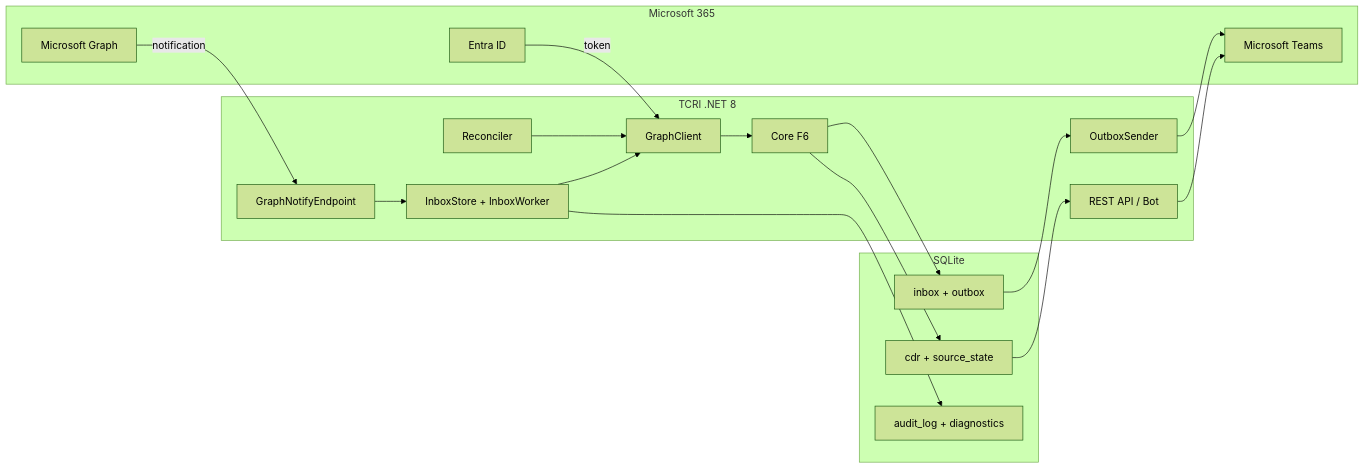
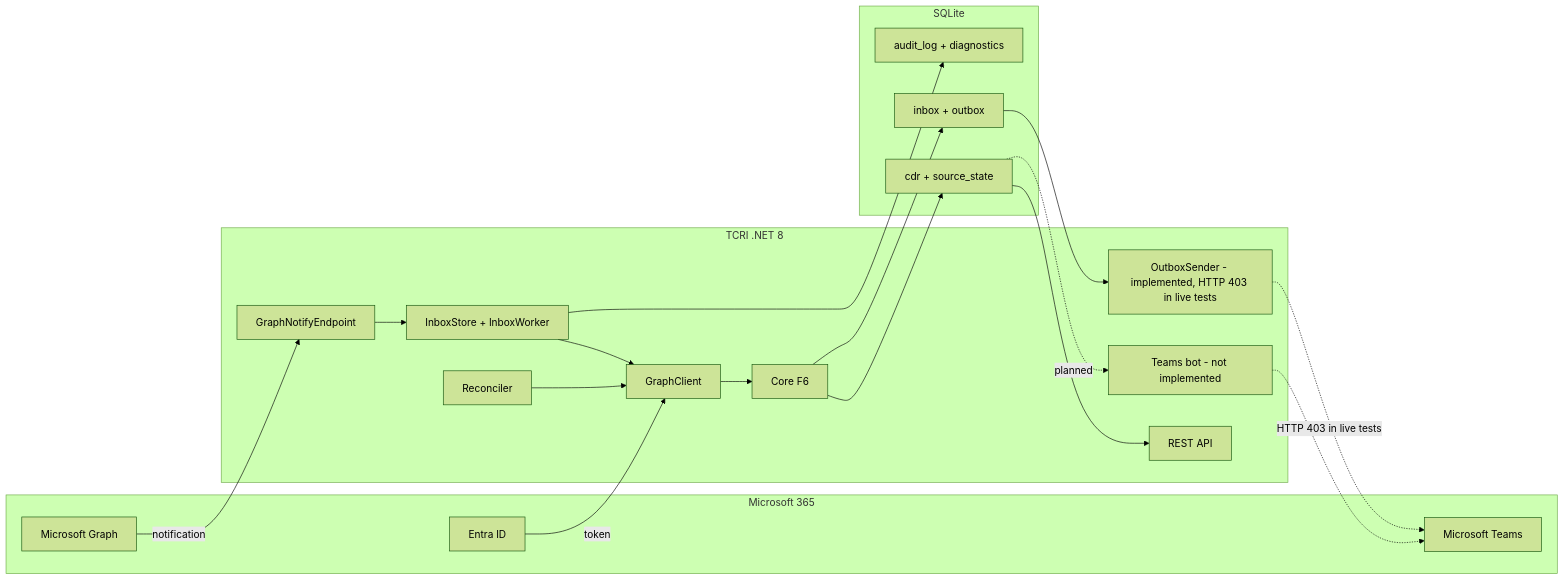
The first of 2 diagrams in docs/DESIGN.md (Andrii-Nikolaiev/teams-call-records-integration), drawn with Mermaid (forest theme) before and after one commit. The commit also changed other lines of this file and 4 other files, not shown here.

````diff
--- a/docs/DESIGN.md
+++ b/docs/DESIGN.md
@@ -17,28 +17,30 @@
 ```mermaid
 flowchart LR
   subgraph Microsoft365[Microsoft 365]
     Teams[Microsoft Teams]
     Graph[Microsoft Graph]
     Entra[Entra ID]
   end
   subgraph TCRI[TCRI .NET 8]
     WH[GraphNotifyEndpoint]
     IN[InboxStore + InboxWorker]
     GC[GraphClient]
     CORE[Core F6]
-    API[REST API / Bot]
+    API[REST API]
+    BOT[Teams bot - not implemented]
     REC[Reconciler]
-    OB[OutboxSender]
+    OB[OutboxSender - implemented, HTTP 403 in live tests]
   end
   subgraph SQLITE[SQLite]
     STATE[cdr + source_state]
     QUEUE[inbox + outbox]
     AUDIT[audit_log + diagnostics]
   end
   Graph -->|notification| WH --> IN --> GC --> CORE --> STATE
   Entra -->|token| GC
-  STATE --> API --> Teams
+  STATE --> API
+  STATE -.->|planned| BOT -.-> Teams
   REC --> GC
-  CORE --> QUEUE --> OB --> Teams
+  CORE --> QUEUE --> OB -.->|HTTP 403 in live tests| Teams
   IN --> AUDIT
 ```
````
